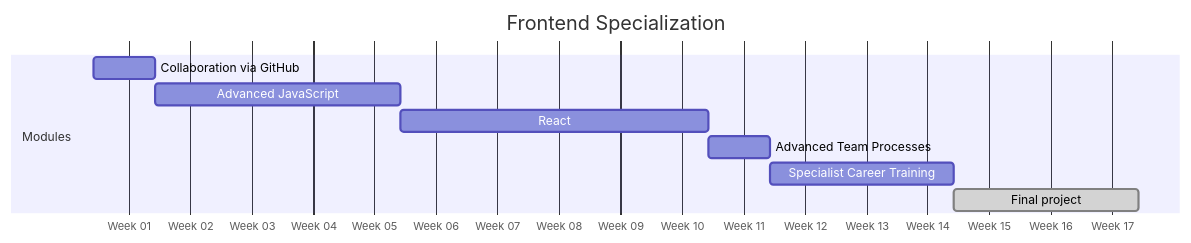
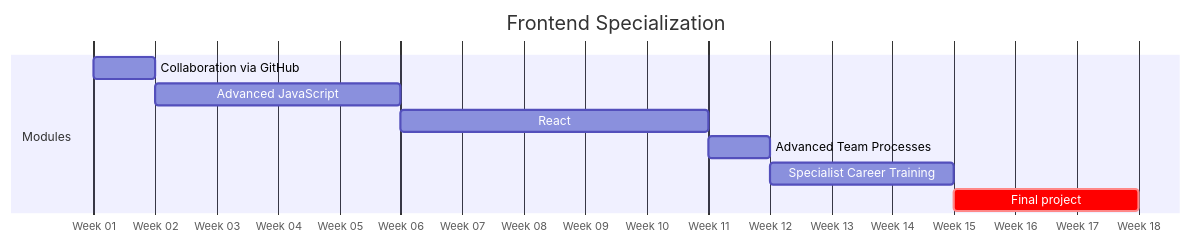
One commit to HackYourFuture-CPH/program changed the diagram in courses/Frontend/README.md. Above: the diagram before and after it, drawn with Mermaid.

````diff
--- a/courses/Frontend/README.md
+++ b/courses/Frontend/README.md
@@ -8,14 +8,14 @@
 ```mermaid
 gantt
     title Frontend Specialization
     dateFormat  YYYY-MM-DD
     axisFormat  Week %U
 
     section Modules
-    Collaboration via GitHub    :a1, 2025-01-01, 1w
+    Collaboration via GitHub    :a1, 2025-01-05, 1w
     Advanced JavaScript         :a2, after a1, 4w
     React                       :a3, after a2, 5w
     Advanced Team Processes     :a4, after a3, 1w
     Specialist Career Training  :a5, after a4, 3w
-    Final project               :done, a6, after a5, 3w
+    Final project               :crit, a6, after a5, 3w
 ```
````
